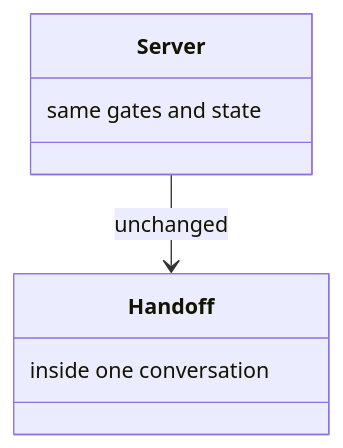
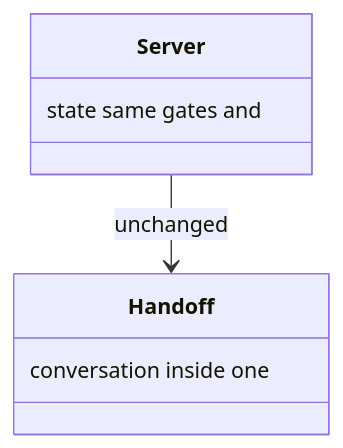
Diagram 18 of 18 in docs/dispatch.md (m2ux/workflow-server), drawn with Mermaid before and after one commit. The commit also changed other lines of this file and 13 other files, not shown here.

````diff
--- a/docs/dispatch.md
+++ b/docs/dispatch.md
@@ -295,10 +295,10 @@
 ```mermaid
 classDiagram
   class Server {
-    same gates and state
+    state same gates and
   }
   class Handoff {
-    inside one conversation
+    conversation inside one
   }
   Server --> Handoff : unchanged
 ```
````
